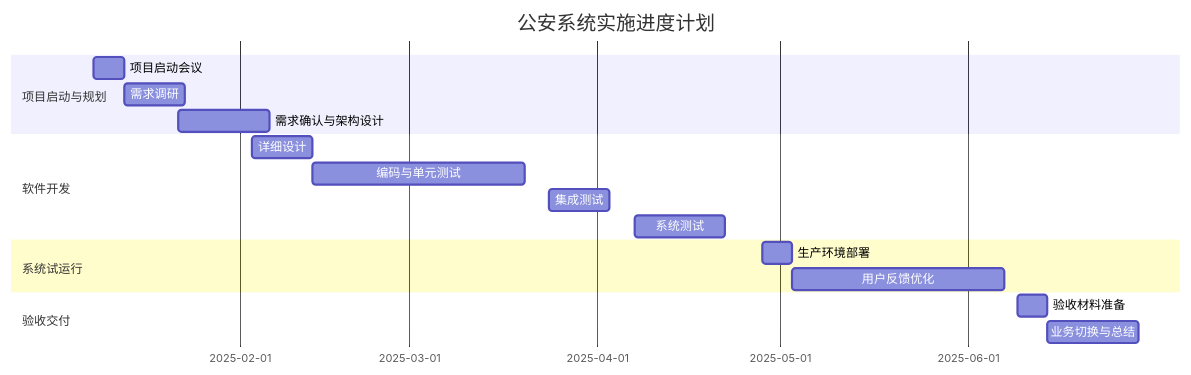
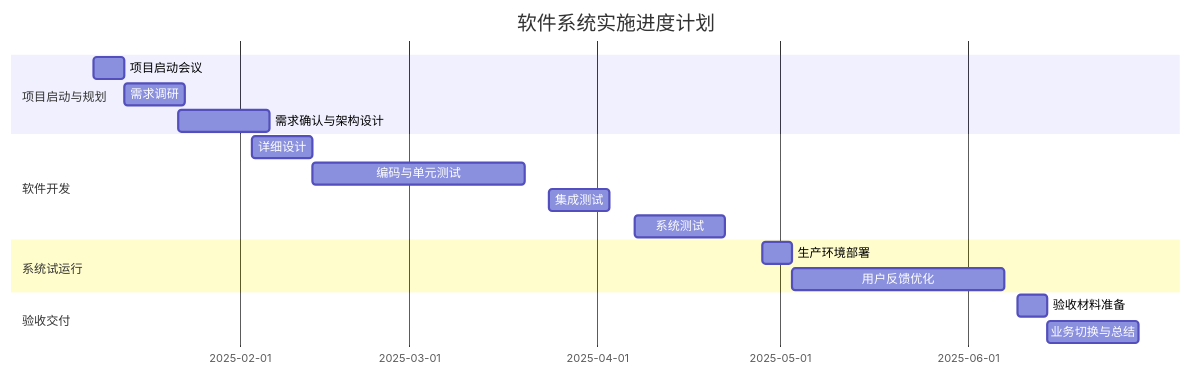
Before and after one commit to CMTcode/iodraw-files: the diagram in all/未命名-1.md, drawn with Mermaid.

Commit message:
2025-02-19 10:29:45 update

````diff
--- a/all/未命名-1.md
+++ b/all/未命名-1.md
@@ -1,27 +1,25 @@
 ```mermaid
 gantt
-    title 公安系统实施进度计划
+    title 软件系统实施进度计划
     dateFormat  YYYY-MM-DD
     axisFormat %Y-%m-%d
     
     section 项目启动与规划
     项目启动会议        :a1, 2025-01-08, 5d
     需求调研            :after a1, 10d
     需求确认与架构设计  :2025-01-22, 15d
     
     section 软件开发
     详细设计           :dev1, 2025-02-03, 10d
     编码与单元测试     :after dev1, 35d
     集成测试           :2025-03-24, 10d
     系统测试           :2025-04-07, 15d
     
-
-    
     section 系统试运行
     生产环境部署       :run1, 2025-04-28, 5d
     用户反馈优化       :after run1, 35d
     
     section 验收交付
     验收材料准备       :final1, 2025-06-09, 5d
     业务切换与总结     :after final1, 15d
 ```
````
